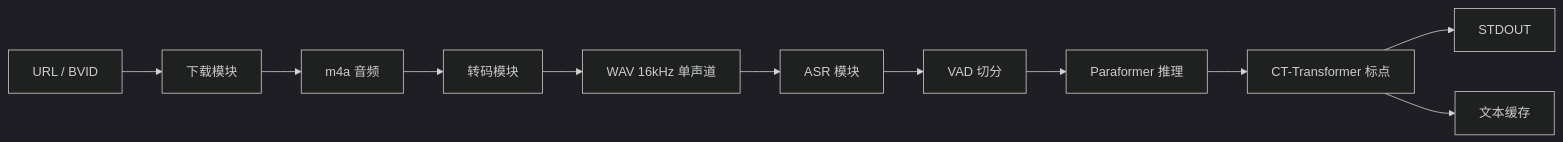
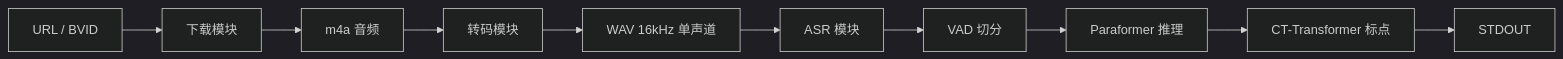
Before and after one commit to kechengzhang28/Vid2Text-Skill: the first of 5 diagrams in docs/dev.md, drawn with Mermaid (dark theme). The commit also changed other lines of this file and 2 other files, not shown here.

````diff
--- a/docs/dev.md
+++ b/docs/dev.md
@@ -9,13 +9,12 @@
 ```mermaid
 flowchart LR
     A[URL / BVID] --> B[下载模块]
     B --> C[m4a 音频]
     C --> D[转码模块]
     D --> E[WAV 16kHz 单声道]
     E --> F[ASR 模块]
     F --> G[VAD 切分]
     G --> H[Paraformer 推理]
     H --> I[CT-Transformer 标点]
     I --> J[STDOUT]
-    I --> K[文本缓存]
 ```
````
